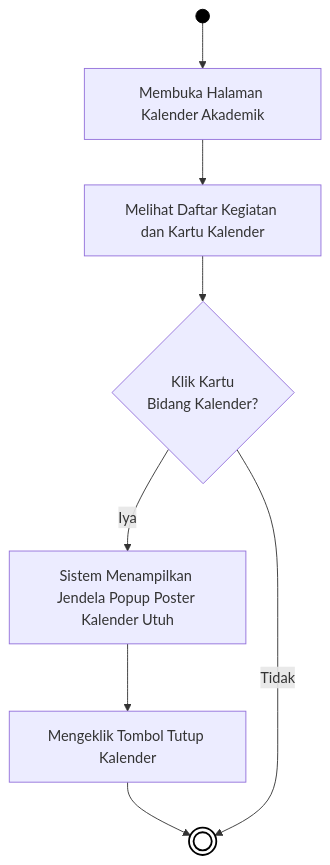
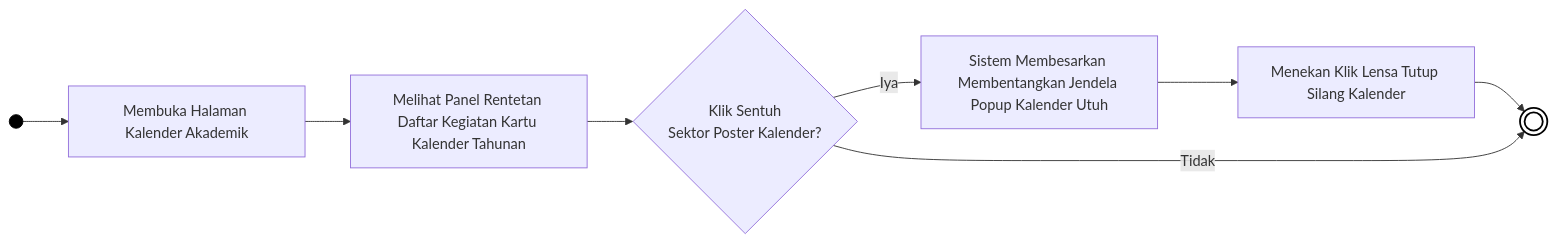
One commit to arbain-dev/Web_fikom changed diagram 12 of 12 in docs/01B_DIAGRAM_AKTIVITAS_PUBLIK.md. Above: the diagram before and after it, drawn with Mermaid. The commit also changed other lines of this file, not shown here.

Commit message:
docs: merombak seluruh orientasi diagram aktivitas menjadi horizontal (LR) serta fan-out agar mengular ke samping alih-alih memanjang tajam ke bawah

````diff
--- a/docs/01B_DIAGRAM_AKTIVITAS_PUBLIK.md
+++ b/docs/01B_DIAGRAM_AKTIVITAS_PUBLIK.md
@@ -336,16 +308,16 @@
 ```mermaid
-flowchart TD
+flowchart LR
     Start(( )) --> A[Membuka Halaman Kalender Akademik]
     
-    A --> B[Melihat Daftar Kegiatan dan Kartu Kalender]
-    B --> C{Klik Kartu\nBidang Kalender?}
+    A --> B[Melihat Panel Rentetan Daftar Kegiatan Kartu Kalender Tahunan]
+    B --> C{Klik Sentuh\nSektor Poster Kalender?}
     
-    C -- Iya --> D[Sistem Menampilkan Jendela Popup Poster Kalender Utuh]
-    D --> E[Mengeklik Tombol Tutup Kalender]
+    C -- Iya --> D[Sistem Membesarkan Membentangkan Jendela Popup Kalender Utuh]
+    D --> E[Menekan Klik Lensa Tutup Silang Kalender]
     E --> End((( )))
     
     C -- Tidak --> End
     
     style Start fill:#000,stroke:#000,color:#000
     style End fill:#fff,stroke:#000,stroke-width:2px
 ```
````
